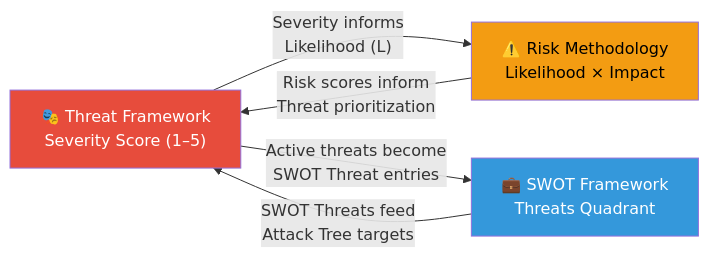
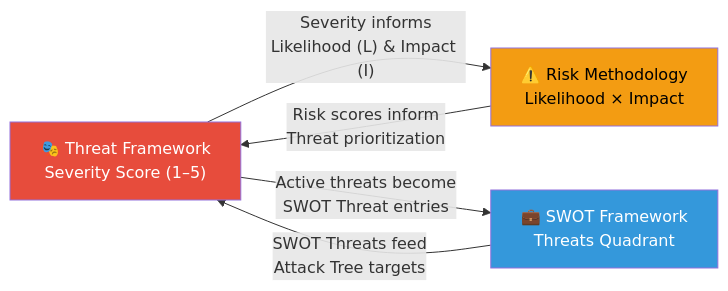
Before and after one commit to Hack23/riksdagsmonitor: the tenth of 11 diagrams in analysis/methodologies/political-threat-framework.md, drawn with Mermaid. The commit also changed other lines of this file and 2 other files, not shown here.

First line of the commit message:
Fix weekday labels, align domain codes, reconcile threat severity mapping terminology

````diff
--- a/analysis/methodologies/political-threat-framework.md
+++ b/analysis/methodologies/political-threat-framework.md
@@ -867,15 +867,15 @@
 ```mermaid
 flowchart LR
     T["🎭 Threat Framework<br/>Severity Score (1–5)"]
     R["⚠️ Risk Methodology<br/>Likelihood × Impact"]
     S["💼 SWOT Framework<br/>Threats Quadrant"]
 
-    T -->|"Severity informs<br/>Likelihood (L)"| R
+    T -->|"Severity informs<br/>Likelihood (L) &amp; Impact (I)"| R
     T -->|"Active threats become<br/>SWOT Threat entries"| S
     R -->|"Risk scores inform<br/>Threat prioritization"| T
     S -->|"SWOT Threats feed<br/>Attack Tree targets"| T
 
     style T fill:#e74c3c,color:#fff
     style R fill:#f39c12,color:#000
     style S fill:#3498db,color:#fff
 ```
````
